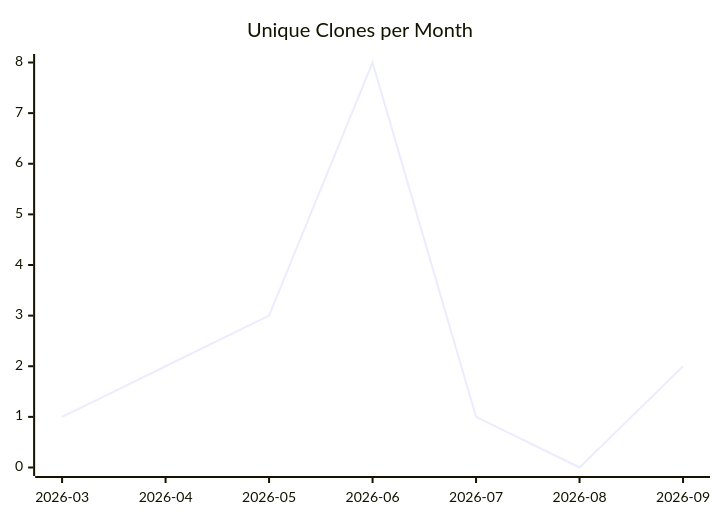
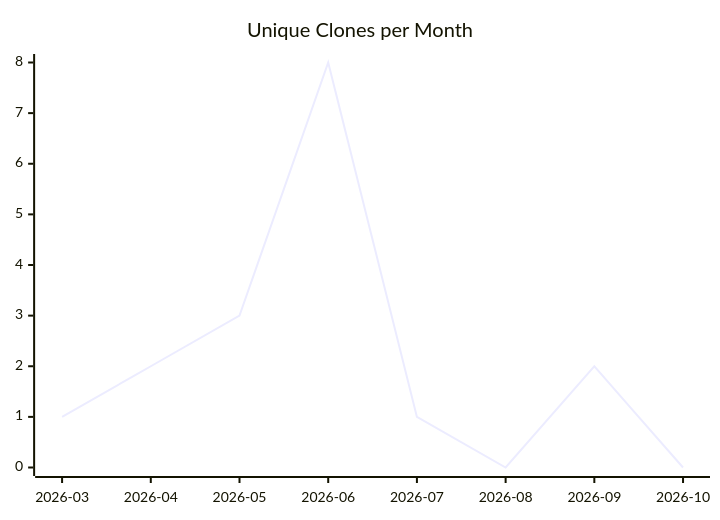
The third of 3 diagrams in karlmdavis/datanucleus-test-jdo-1-to-n/README.md (justdavis-family/github-analytics-data), drawn with Mermaid before and after one commit. The commit also changed other lines of this file and 198 other files, not shown here.

````diff
--- a/karlmdavis/datanucleus-test-jdo-1-to-n/README.md
+++ b/karlmdavis/datanucleus-test-jdo-1-to-n/README.md
@@ -19,6 +19,6 @@
 ```mermaid
 xychart-beta
   title "Unique Clones per Month"
-  x-axis ["2026-03", "2026-04", "2026-05", "2026-06", "2026-07", "2026-08", "2026-09"]
-  line [1, 2, 3, 8, 1, 0, 2]
+  x-axis ["2026-03", "2026-04", "2026-05", "2026-06", "2026-07", "2026-08", "2026-09", "2026-10"]
+  line [1, 2, 3, 8, 1, 0, 2, 0]
 ```
````
